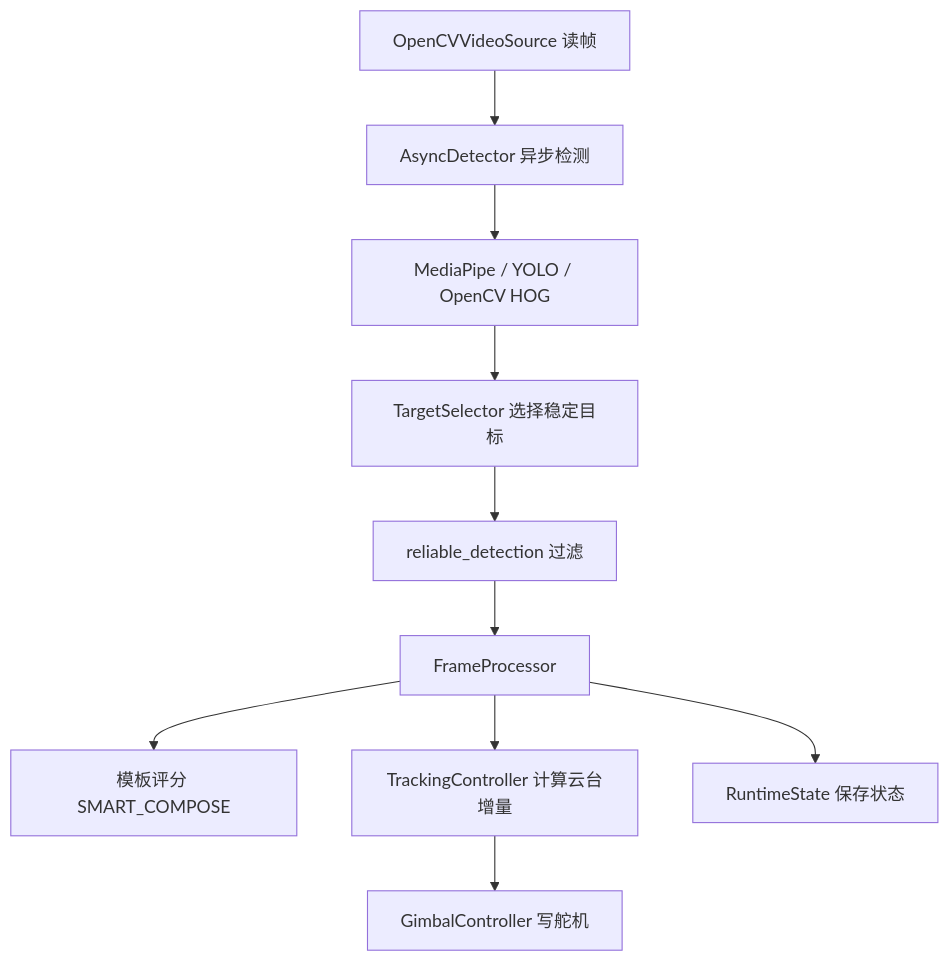
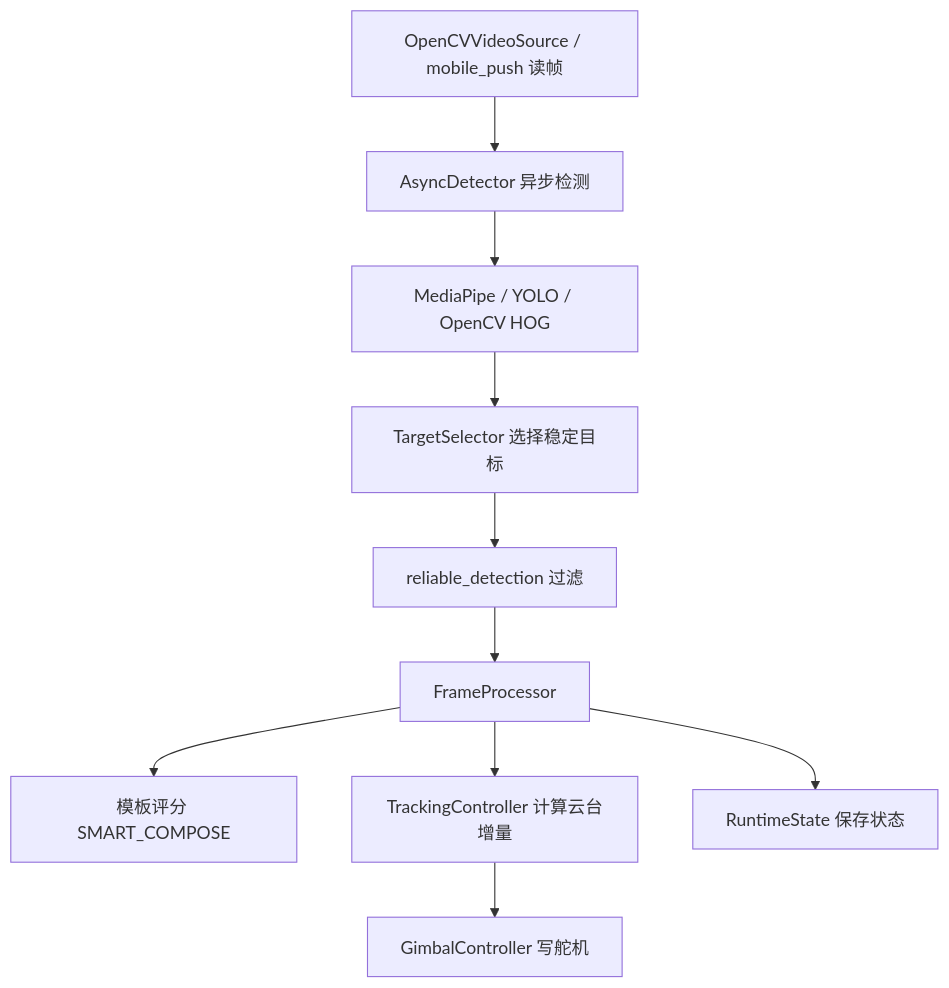
One commit to LiPeiCong60/Camera-Assistant-System changed the sixth of 7 diagrams in docs/项目总览与架构说明.md. Above: the diagram before and after it, drawn with Mermaid. The commit also changed other lines of this file and 11 other files, not shown here.

````diff
--- a/docs/项目总览与架构说明.md
+++ b/docs/项目总览与架构说明.md
@@ -298,12 +300,12 @@
 ```mermaid
 flowchart TD
-    A["OpenCVVideoSource 读帧"] --> B["AsyncDetector 异步检测"]
+    A["OpenCVVideoSource / mobile_push 读帧"] --> B["AsyncDetector 异步检测"]
     B --> C["MediaPipe / YOLO / OpenCV HOG"]
     C --> D["TargetSelector 选择稳定目标"]
     D --> E["reliable_detection 过滤"]
     E --> F["FrameProcessor"]
     F --> G["模板评分 SMART_COMPOSE"]
     F --> H["TrackingController 计算云台增量"]
     H --> I["GimbalController 写舵机"]
     F --> J["RuntimeState 保存状态"]
 ```
````
